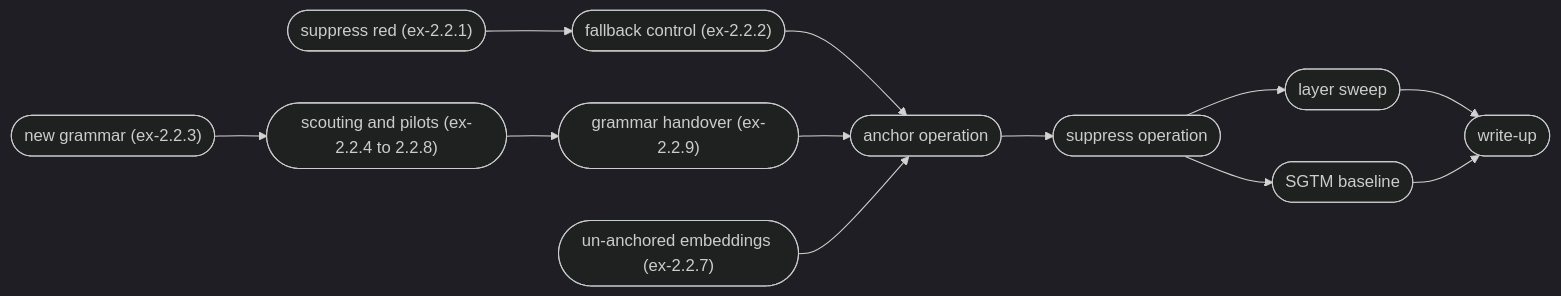
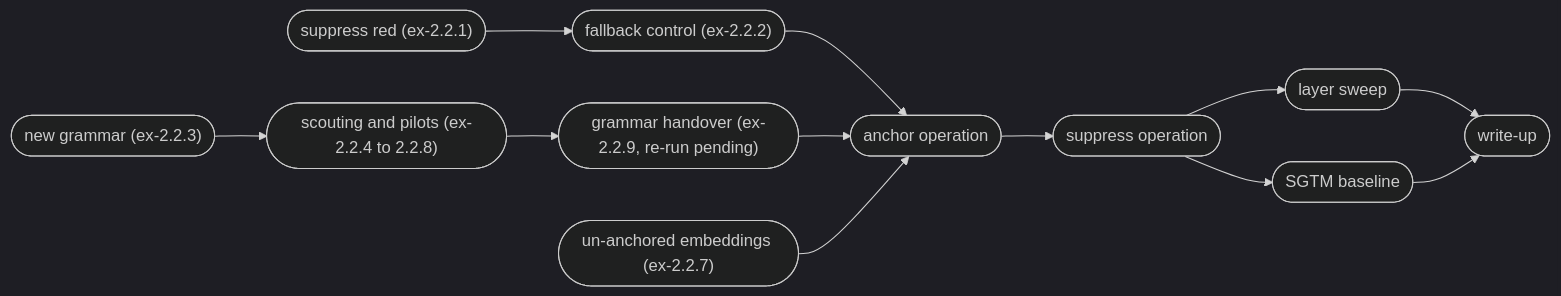
One commit to z0u-bot/sca2-mirror changed the diagram in docs/m2/d2.2/design.md. Above: the diagram before and after it, drawn with Mermaid (dark theme). The commit also changed other lines of this file and 10 other files, not shown here.

First line of the commit message:
Ex-2.2.10: three reads before the handover re-run

````diff
--- a/docs/m2/d2.2/design.md
+++ b/docs/m2/d2.2/design.md
@@ -19,18 +19,18 @@
 ```mermaid
 flowchart LR
 a1(["suppress red (ex-2.2.1)"])
 a2(["fallback control (ex-2.2.2)"])
 b1(["new grammar (ex-2.2.3)"])
 b2(["scouting and pilots (ex-2.2.4 to 2.2.8)"])
-b3(["grammar handover (ex-2.2.9)"])
+b3(["grammar handover (ex-2.2.9, re-run pending)"])
 c1(["un-anchored embeddings (ex-2.2.7)"])
 main1(["anchor operation"])
 main2(["suppress operation"])
 sweep(["layer sweep"])
 comp(["SGTM baseline"])
 w(["write-up"])
 
 a1 --> a2
 b1 --> b2 --> b3
 a2 & b3 & c1 --> main1 --> main2 --> sweep & comp --> w
 ```
````
